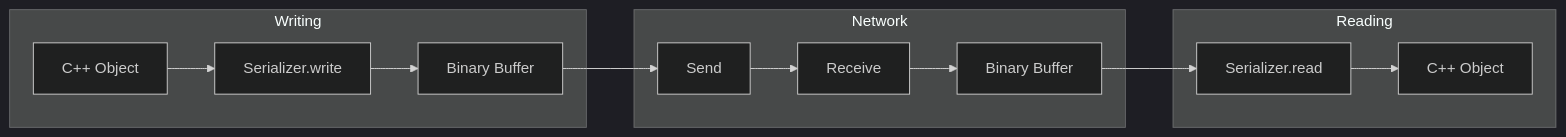
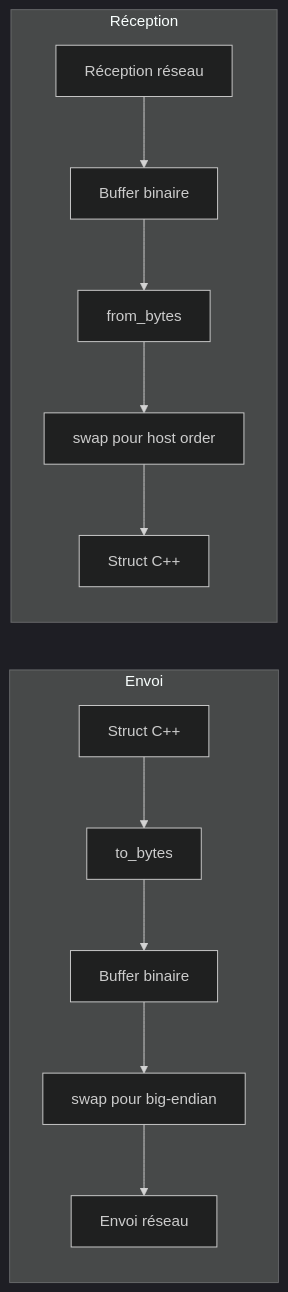
One commit to ChrisG-L/rtype changed the diagram in docs/api/reseau/serialization.md. Above: the diagram before and after it, drawn with Mermaid (dark theme). The commit also changed other lines of this file and 29 other files, not shown here.

````diff
--- a/docs/api/reseau/serialization.md
+++ b/docs/api/reseau/serialization.md
@@ -299,18 +219,16 @@
 ```mermaid
 flowchart LR
-    subgraph Writing
-        A[C++ Object] --> B[Serializer.write]
-        B --> C[Binary Buffer]
+    subgraph Envoi
+        A[Struct C++] --> B[to_bytes]
+        B --> C[Buffer binaire]
+        C --> D[swap pour big-endian]
+        D --> E[Envoi réseau]
     end
 
-    subgraph Network
-        C --> D[Send]
-        D --> E[Receive]
-        E --> F[Binary Buffer]
-    end
-
-    subgraph Reading
-        F --> G[Serializer.read]
-        G --> H[C++ Object]
+    subgraph Réception
+        F[Réception réseau] --> G[Buffer binaire]
+        G --> H[from_bytes]
+        H --> I[swap pour host order]
+        I --> J[Struct C++]
     end
 ```
````
